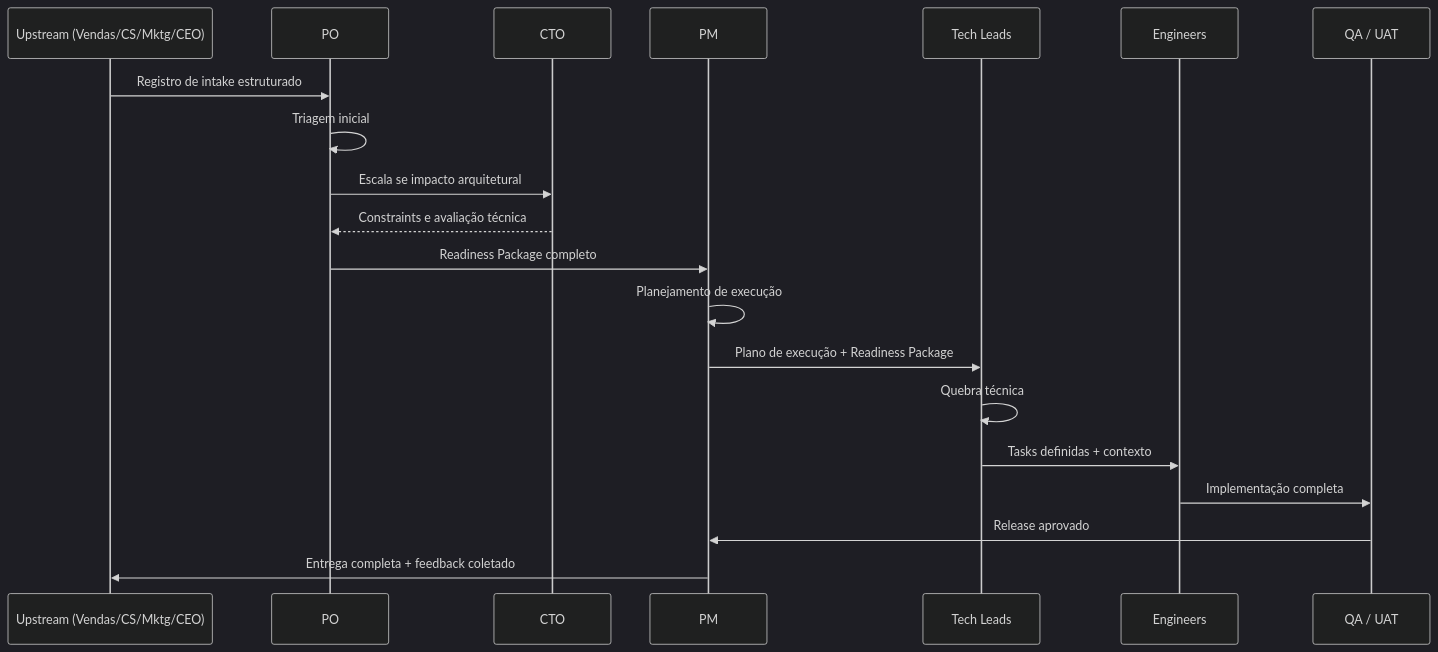
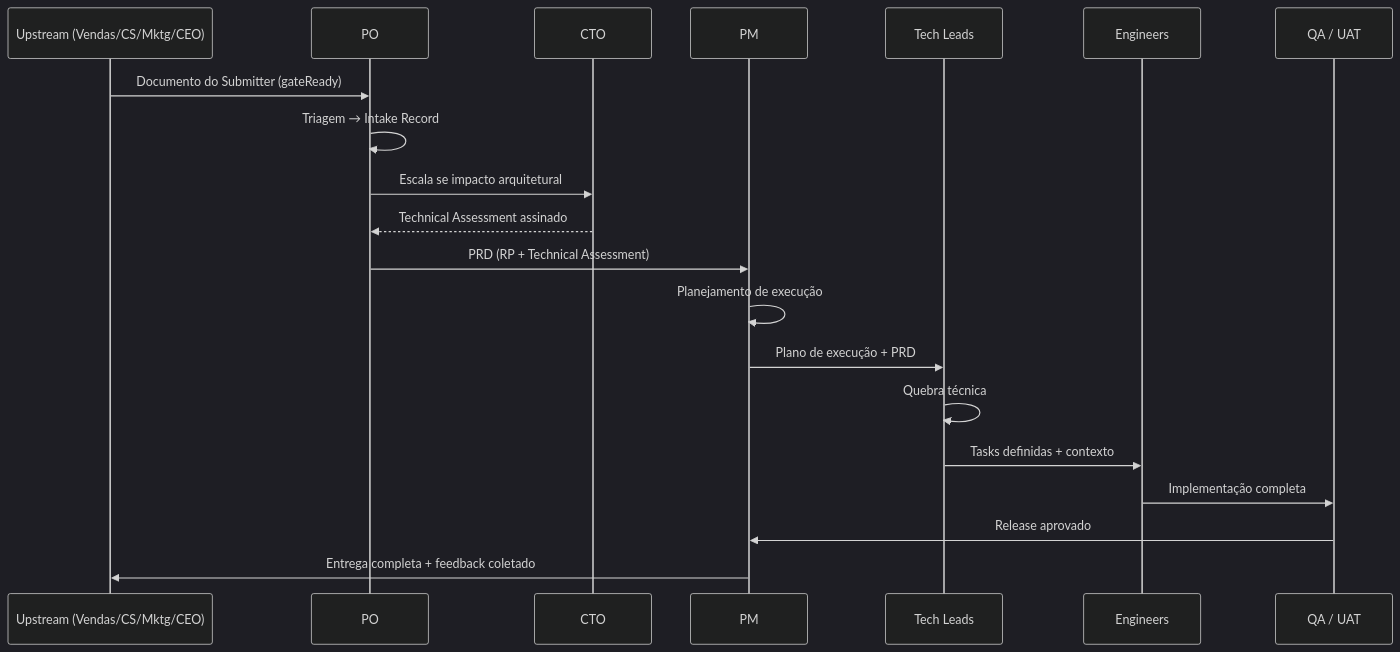
One commit to hugo-hsbtech/teamwork-process changed the second of 2 diagrams in 02-happy-path.md. Above: the diagram before and after it, drawn with Mermaid (dark theme). The commit also changed other lines of this file and 6 other files, not shown here.

First line of the commit message:
Converge a camada narrativa à cadeia madura (00→04, PRD abre downstream, gate freezeReady)

````diff
--- a/02-happy-path.md
+++ b/02-happy-path.md
@@ -299,23 +297,23 @@
 ```mermaid
 sequenceDiagram
     participant UP as Upstream (Vendas/CS/Mktg/CEO)
     participant PO as PO
     participant CTO as CTO
     participant PM as PM
     participant TL as Tech Leads
     participant ENG as Engineers
     participant QA as QA / UAT
 
-    UP->>PO: Registro de intake estruturado
-    PO->>PO: Triagem inicial
+    UP->>PO: Documento do Submitter (gateReady)
+    PO->>PO: Triagem → Intake Record
     PO->>CTO: Escala se impacto arquitetural
-    CTO-->>PO: Constraints e avaliação técnica
-    PO->>PM: Readiness Package completo
+    CTO-->>PO: Technical Assessment assinado
+    PO->>PM: PRD (RP + Technical Assessment)
     PM->>PM: Planejamento de execução
-    PM->>TL: Plano de execução + Readiness Package
+    PM->>TL: Plano de execução + PRD
     TL->>TL: Quebra técnica
     TL->>ENG: Tasks definidas + contexto
     ENG->>QA: Implementação completa
     QA->>PM: Release aprovado
     PM->>UP: Entrega completa + feedback coletado
 ```
````
